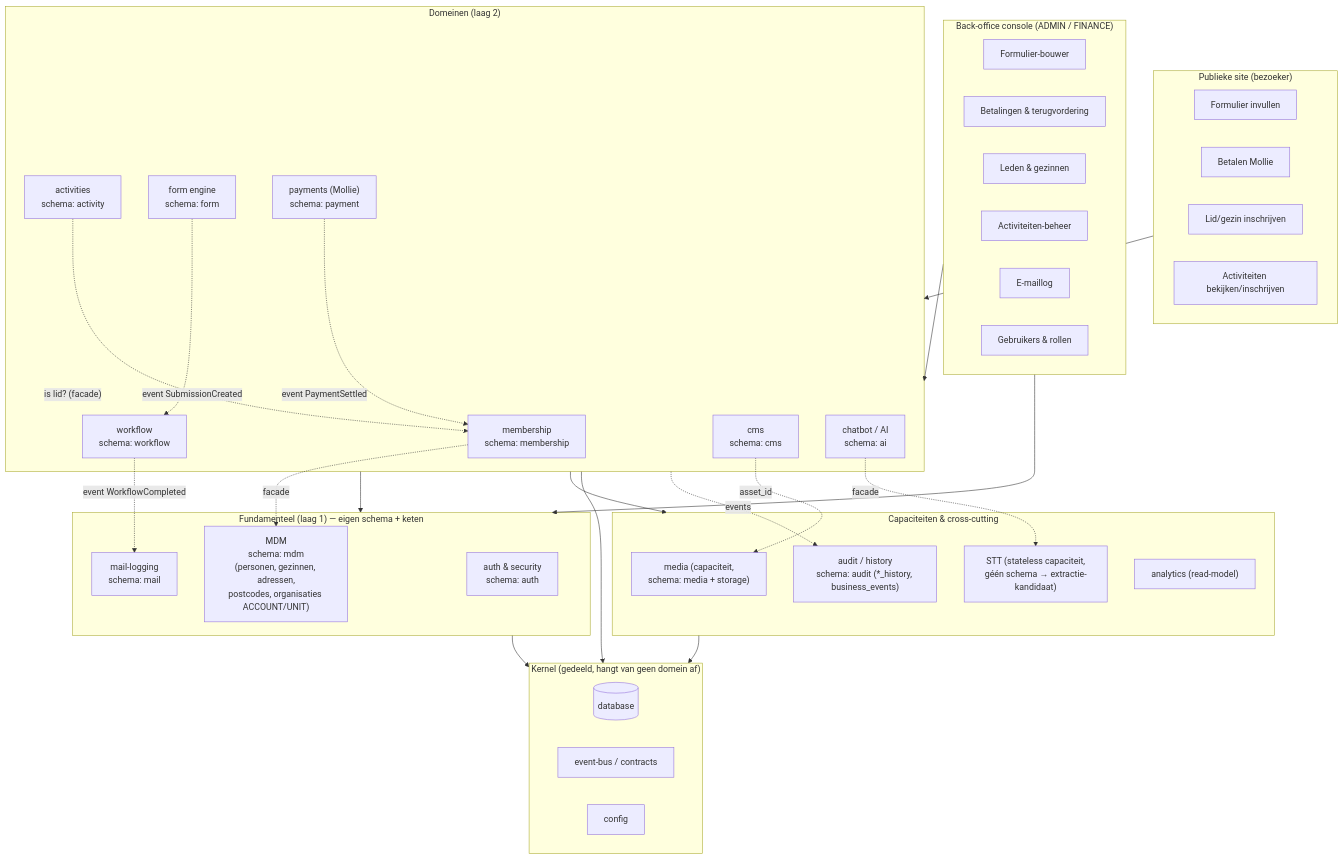
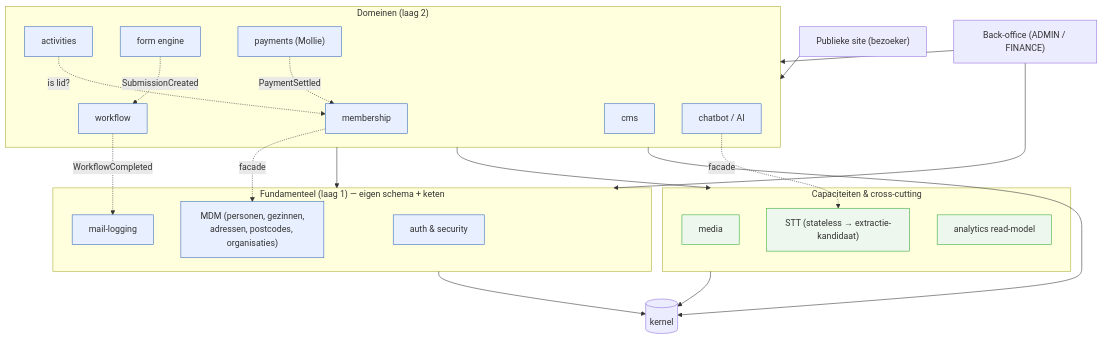
The first of 4 diagrams in docs/intermediate-architecture-upgrade-v1.md (KoenRenders/KoenTest), drawn with Mermaid before and after one commit. The commit also changed other lines of this file, not shown here.

First line of the commit message:
docs: architecture v1 — compacter (less is more)

````diff
--- a/docs/intermediate-architecture-upgrade-v1.md
+++ b/docs/intermediate-architecture-upgrade-v1.md
@@ -78,66 +44,38 @@
 ```mermaid
 flowchart TB
-  subgraph Public["Publieke site (bezoeker)"]
-    PUB_FORM[Formulier invullen]
-    PUB_PAY[Betalen Mollie]
-    PUB_REG[Lid/gezin inschrijven]
-    PUB_ACT[Activiteiten bekijken/inschrijven]
+  Public["Publieke site (bezoeker)"] --> D2
+  BO["Back-office (ADMIN / FINANCE)"] --> D2
+  BO --> D1
+  subgraph D1["Fundamenteel (laag 1) — eigen schema + keten"]
+    AUTH[auth & security]:::c
+    MDM["MDM (personen, gezinnen,<br/>adressen, postcodes, organisaties)"]:::c
+    MAIL[mail-logging]:::c
   end
-
-  subgraph BO["Back-office console (ADMIN / FINANCE)"]
-    BO_FORMBUILD[Formulier-bouwer]
-    BO_PAY[Betalingen & terugvordering]
-    BO_MEMBERS[Leden & gezinnen]
-    BO_ACT[Activiteiten-beheer]
-    BO_MAIL[E-maillog]
-    BO_USERS[Gebruikers & rollen]
+  subgraph D2["Domeinen (laag 2)"]
+    MEMBER[membership]:::c
+    ACT[activities]:::c
+    FORM[form engine]:::c
+    WF[workflow]:::c
+    PAY["payments (Mollie)"]:::c
+    CMS[cms]:::c
+    CHAT[chatbot / AI]:::c
   end
-
-  subgraph Kernel["Kernel (gedeeld, hangt van geen domein af)"]
-    K_DB[(database)]
-    K_EVENTS[event-bus / contracts]
-    K_CFG[config]
+  subgraph CAP["Capaciteiten & cross-cutting"]
+    MEDIA[media]:::x
+    STT["STT (stateless → extractie-kandidaat)"]:::x
+    ANA[analytics read-model]:::x
   end
-
-  subgraph Foundational["Fundamenteel (laag 1) — eigen schema + keten"]
-    D_AUTH["auth & security<br/>schema: auth"]
-    D_MASTER["MDM<br/>schema: mdm<br/>(personen, gezinnen, adressen,<br/>postcodes, organisaties ACCOUNT/UNIT)"]
-    D_MAIL["mail-logging<br/>schema: mail"]
-  end
-
-  subgraph Domains["Domeinen (laag 2)"]
-    D_MEMBER["membership<br/>schema: membership"]
-    D_ACT["activities<br/>schema: activity"]
-    D_FORM["form engine<br/>schema: form"]
-    D_WF["workflow<br/>schema: workflow"]
-    D_PAY["payments (Mollie)<br/>schema: payment"]
-    D_CMS["cms<br/>schema: cms"]
-    D_CHAT["chatbot / AI<br/>schema: ai"]
-  end
-
-  subgraph Cap["Capaciteiten & cross-cutting"]
-    D_MEDIA["media (capaciteit,<br/>schema: media + storage)"]
-    D_STT["STT (stateless capaciteit,<br/>géén schema → extractie-kandidaat)"]
-    D_AUDIT["audit / history<br/>schema: audit (*_history, business_events)"]
-    D_ANALYTICS["analytics (read-model)"]
-  end
-
-  Public --> Domains
-  BO --> Domains
-  BO --> Foundational
-  Domains --> Foundational
-  Domains --> Cap
-  Domains --> Kernel
-  Foundational --> Kernel
-  Cap --> Kernel
-
-  %% cross-module enkel via facade/events
-  D_MEMBER -. facade .-> D_MASTER
-  D_ACT -. "is lid? (facade)" .-> D_MEMBER
-  D_PAY -. event PaymentSettled .-> D_MEMBER
-  D_FORM -. event SubmissionCreated .-> D_WF
-  D_WF -. event WorkflowCompleted .-> D_MAIL
-  D_CHAT -. facade .-> D_STT
-  D_CMS -. asset_id .-> D_MEDIA
-  Domains -. events .-> D_AUDIT
+  D2 --> D1
+  D2 --> CAP
+  D1 --> Kernel[(kernel)]
+  D2 --> Kernel
+  CAP --> Kernel
+  MEMBER -.->|facade| MDM
+  ACT -.->|"is lid?"| MEMBER
+  PAY -.->|PaymentSettled| MEMBER
+  FORM -.->|SubmissionCreated| WF
+  WF -.->|WorkflowCompleted| MAIL
+  CHAT -.->|facade| STT
+  classDef c fill:#e8f0ff,stroke:#36b;
+  classDef x fill:#eef7ee,stroke:#3a3;
 ```
````
